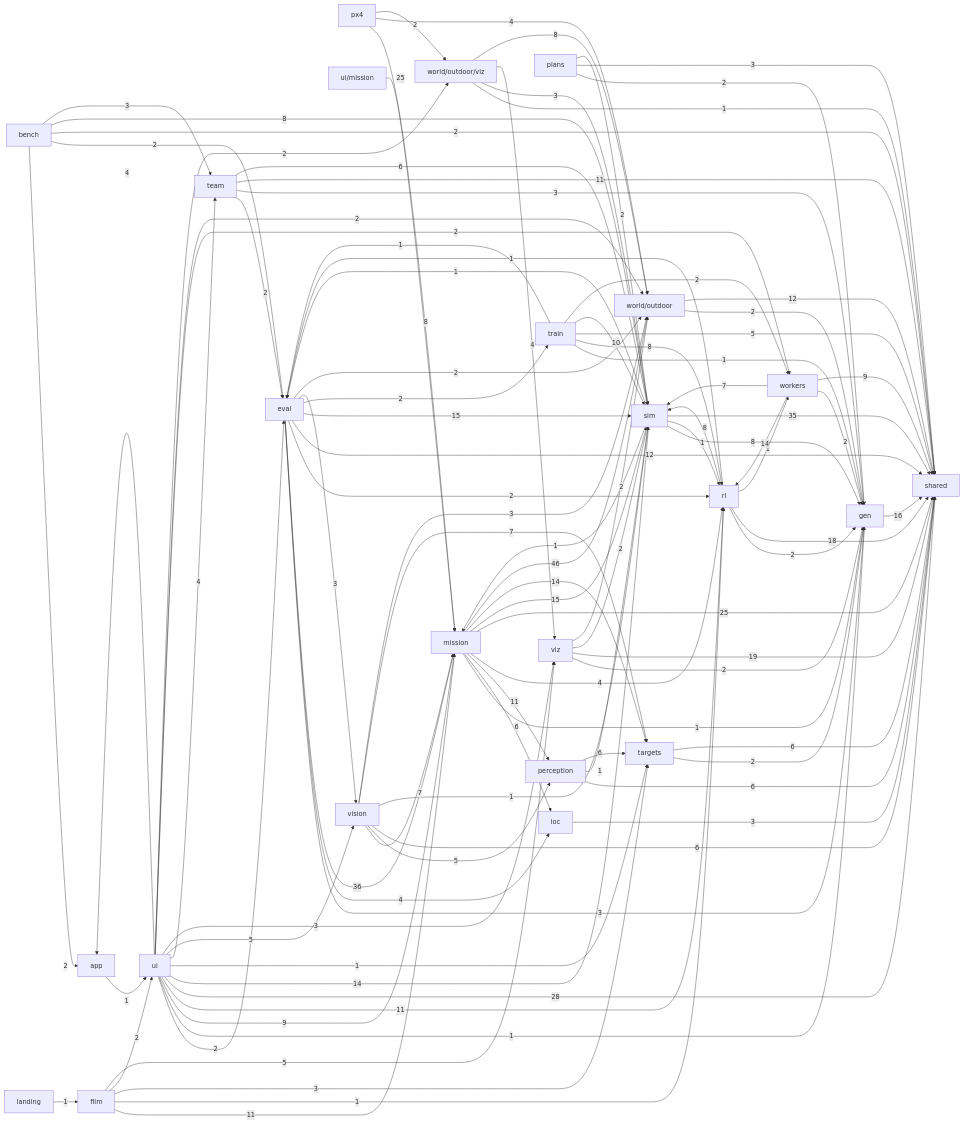
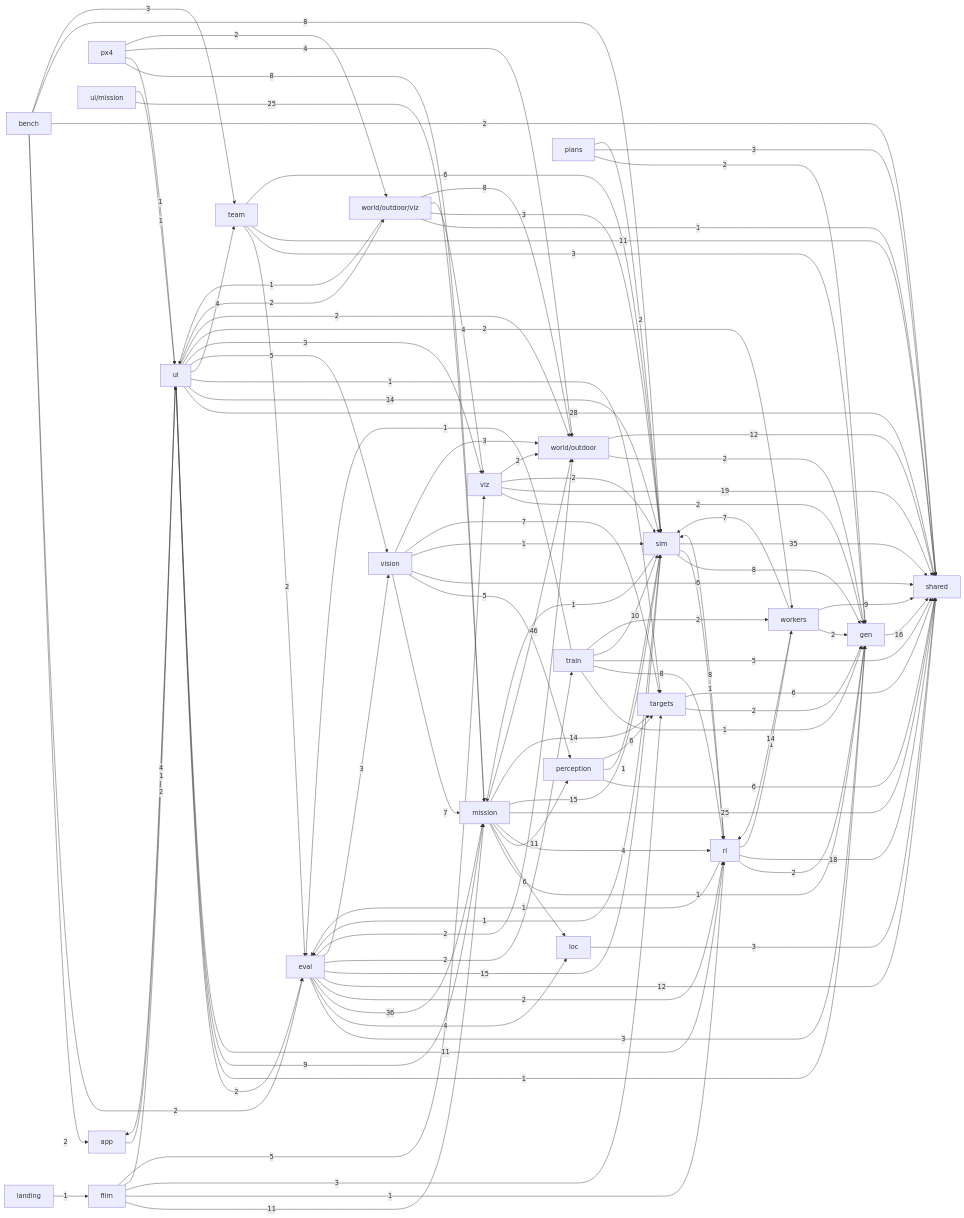
One commit to alexnieves-cs/frontier-fly changed the second of 2 diagrams in docs/ARCHITECTURE.md. Above: the diagram before and after it, drawn with Mermaid. The commit also changed other lines of this file and 31 other files, not shown here.

```diff
--- a/docs/ARCHITECTURE.md
+++ b/docs/ARCHITECTURE.md
@@ -138,6 +138,7 @@
   plans -->|3| shared
   plans -->|2| sim
   px4 -->|8| mission
+  px4 -->|1| ui
   px4 -->|4| world_outdoor
   px4 -->|2| world_outdoor_viz
   rl -->|1| eval
@@ -163,6 +164,7 @@
   train -->|10| sim
   train -->|2| workers
   ui_mission -->|25| mission
+  ui_mission -->|1| ui
   ui -->|4| app
   ui -->|2| eval
   ui -->|1| gen
@@ -193,6 +195,7 @@
   workers -->|7| sim
   world_outdoor_viz -->|1| shared
   world_outdoor_viz -->|3| sim
+  world_outdoor_viz -->|1| ui
   world_outdoor_viz -->|4| viz
   world_outdoor_viz -->|8| world_outdoor
   world_outdoor -->|2| gen
```
